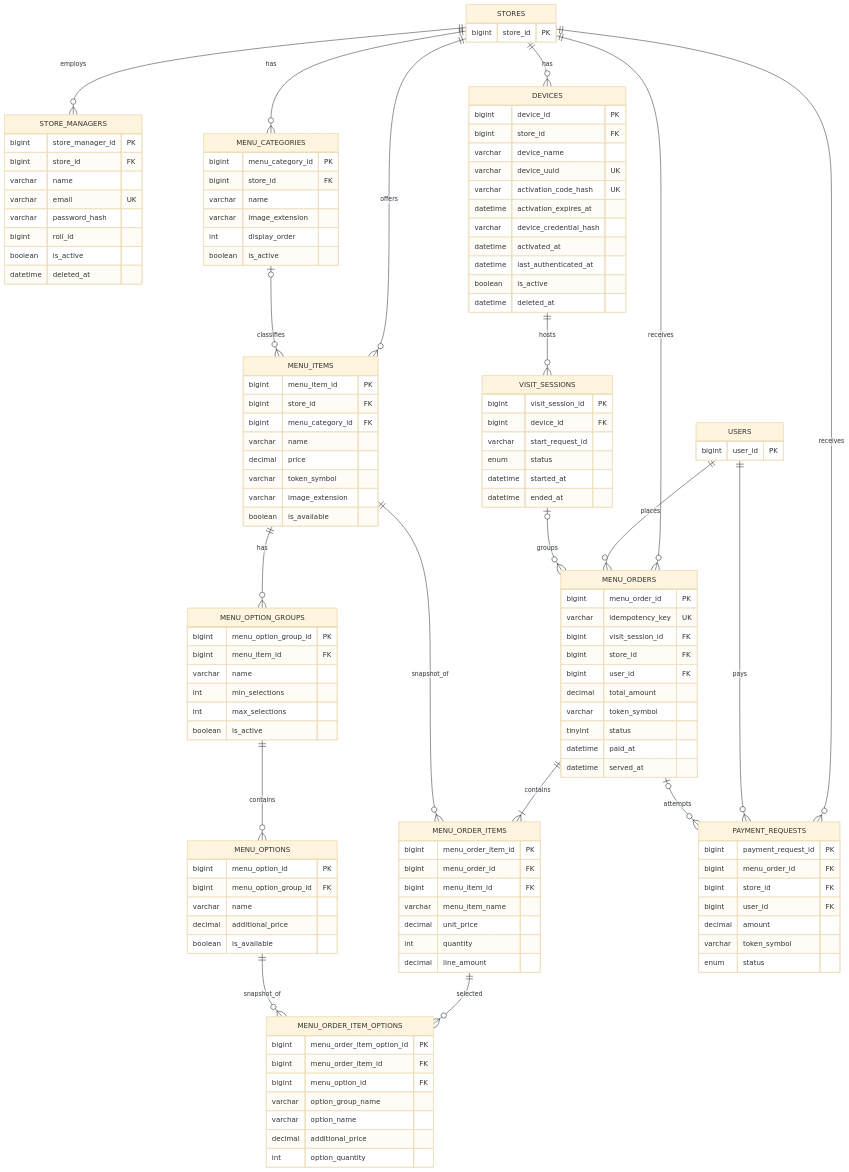
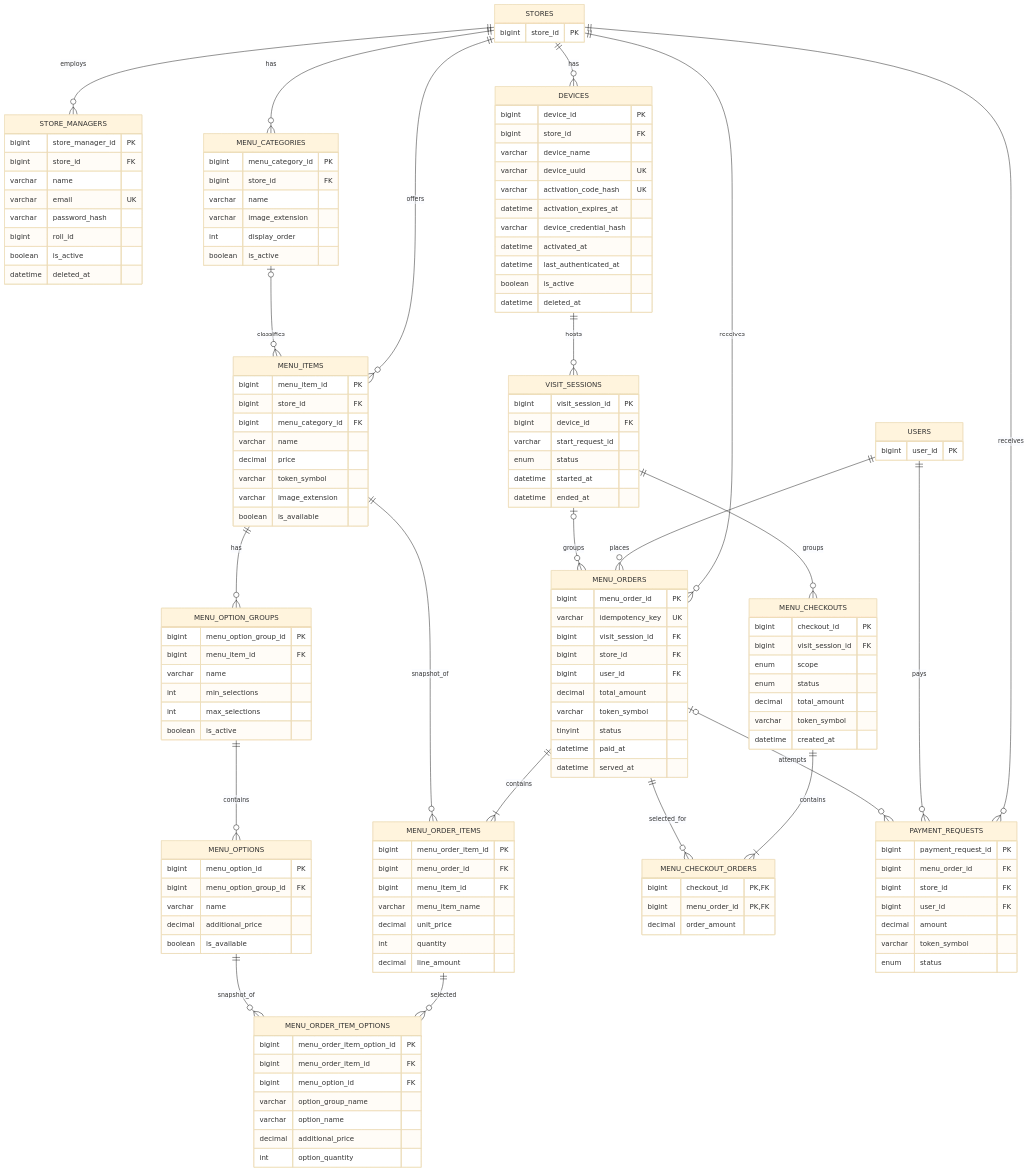
The diagram in docs/DB構成.md (terao06/teraid-pay-api), drawn with Mermaid (base theme) before and after one commit. The commit also changed other lines of this file and 33 other files, not shown here.

```diff
--- a/docs/DB構成.md
+++ b/docs/DB構成.md
@@ -235,6 +263,9 @@
     MENU_ITEMS ||--o{ MENU_ORDER_ITEMS : snapshot_of
 
     MENU_ORDER_ITEMS ||--o{ MENU_ORDER_ITEM_OPTIONS : selected
+    VISIT_SESSIONS ||--o{ MENU_CHECKOUTS : groups
+    MENU_CHECKOUTS ||--|{ MENU_CHECKOUT_ORDERS : contains
+    MENU_ORDERS ||--o{ MENU_CHECKOUT_ORDERS : selected_for
     MENU_OPTIONS ||--o{ MENU_ORDER_ITEM_OPTIONS : snapshot_of
 
     STORES ||--o{ PAYMENT_REQUESTS : receives
@@ -333,6 +364,22 @@
         datetime served_at
     }
 
+    MENU_CHECKOUTS {
+        bigint checkout_id PK
+        bigint visit_session_id FK
+        enum scope
+        enum status
+        decimal total_amount
+        varchar token_symbol
+        datetime created_at
+    }
+
+    MENU_CHECKOUT_ORDERS {
+        bigint checkout_id PK, FK
+        bigint menu_order_id PK, FK
+        decimal order_amount
+    }
+
     MENU_ORDER_ITEMS {
         bigint menu_order_item_id PK
         bigint menu_order_id FK
```
